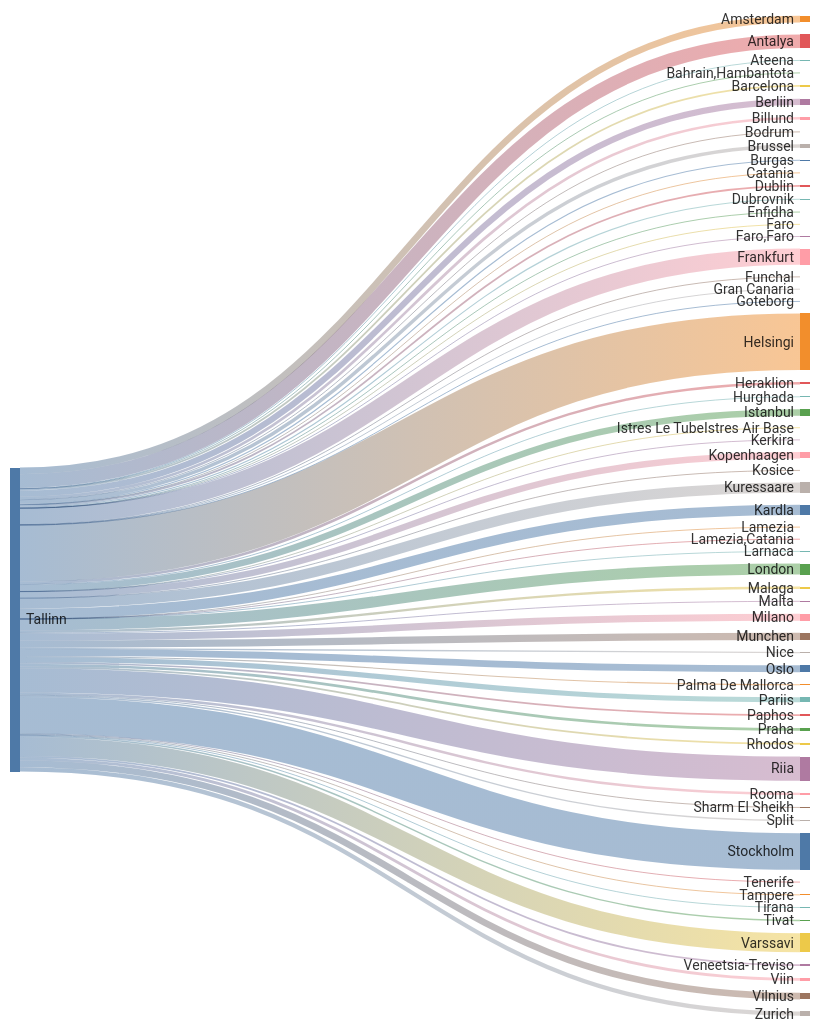
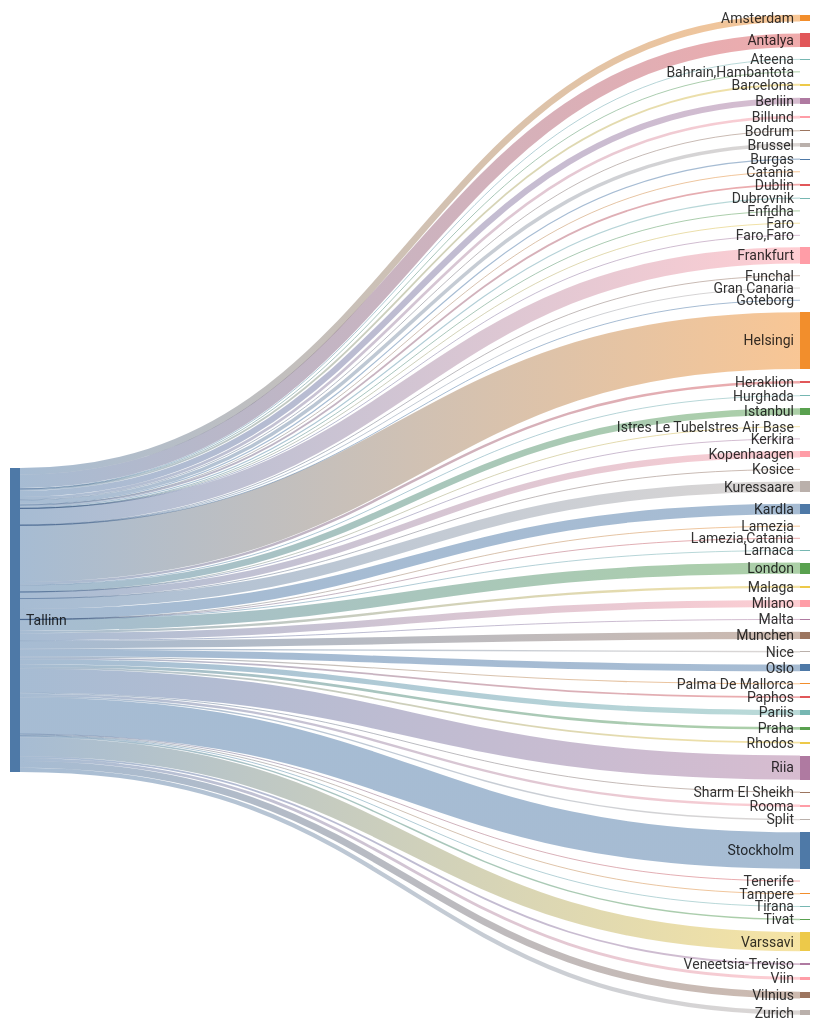
One commit to rainermesi/tll-airport-departures changed the second of 2 diagrams in README.md. Above: the diagram before and after it, drawn with Mermaid. The commit also changed other lines of this file, not shown here.

````diff
--- a/README.md
+++ b/README.md
@@ -34,72 +34,72 @@
 ```mermaid
 ---
 config:
   sankey:
     showValues: false
     width: 800
     height: 1000
 ---
 sankey-beta
 %% source,target,value
-Tallinn,Amsterdam,119
+Tallinn,Amsterdam,120
 Tallinn,Antalya,247
 Tallinn,Ateena,16
 Tallinn,"Bahrain,Hambantota",1
-Tallinn,Barcelona,32
+Tallinn,Barcelona,33
 Tallinn,Berliin,112
 Tallinn,Billund,49
 Tallinn,Bodrum,11
 Tallinn,Brussel,63
 Tallinn,Burgas,21
 Tallinn,Catania,2
 Tallinn,Dublin,32
 Tallinn,Dubrovnik,21
 Tallinn,Enfidha,7
 Tallinn,Faro,4
 Tallinn,"Faro,Faro",1
-Tallinn,Frankfurt,294
+Tallinn,Frankfurt,296
 Tallinn,Funchal,5
 Tallinn,Gran Canaria,7
 Tallinn,Goteborg,1
-Tallinn,Helsingi,1024
+Tallinn,Helsingi,1033
 Tallinn,Heraklion,46
 Tallinn,Hurghada,13
-Tallinn,Istanbul,118
+Tallinn,Istanbul,119
 Tallinn,Istres Le TubeIstres Air Base,2
 Tallinn,Kerkira,4
-Tallinn,Kopenhaagen,116
+Tallinn,Kopenhaagen,117
 Tallinn,Kosice,1
-Tallinn,Kuressaare,187
-Tallinn,Kardla,187
+Tallinn,Kuressaare,189
+Tallinn,Kardla,189
 Tallinn,Lamezia,1
 Tallinn,"Lamezia,Catania",3
 Tallinn,Larnaca,4
-Tallinn,London,200
+Tallinn,London,202
 Tallinn,Malaga,43
 Tallinn,Malta,15
-Tallinn,Milano,127
-Tallinn,Munchen,130
+Tallinn,Milano,128
+Tallinn,Munchen,131
 Tallinn,Nice,25
 Tallinn,Oslo,125
 Tallinn,Palma De Mallorca,19
 Tallinn,Paphos,31
 Tallinn,Pariis,93
 Tallinn,Praha,49
 Tallinn,Rhodos,32
-Tallinn,Riia,437
+Tallinn,Riia,441
 Tallinn,Rooma,44
-Tallinn,Sharm El Sheikh,14
+Tallinn,Sharm El Sheikh,15
 Tallinn,Split,25
-Tallinn,Stockholm,664
+Tallinn,Stockholm,666
 Tallinn,Tampere,17
 Tallinn,Tenerife,10
 Tallinn,Tirana,8
 Tallinn,Tivat,26
-Tallinn,Varssavi,345
+Tallinn,Varssavi,348
 Tallinn,Veneetsia-Treviso,32
 Tallinn,Viin,51
-Tallinn,Vilnius,121
+Tallinn,Vilnius,123
 Tallinn,Zurich,79
 
 
 ```
````
